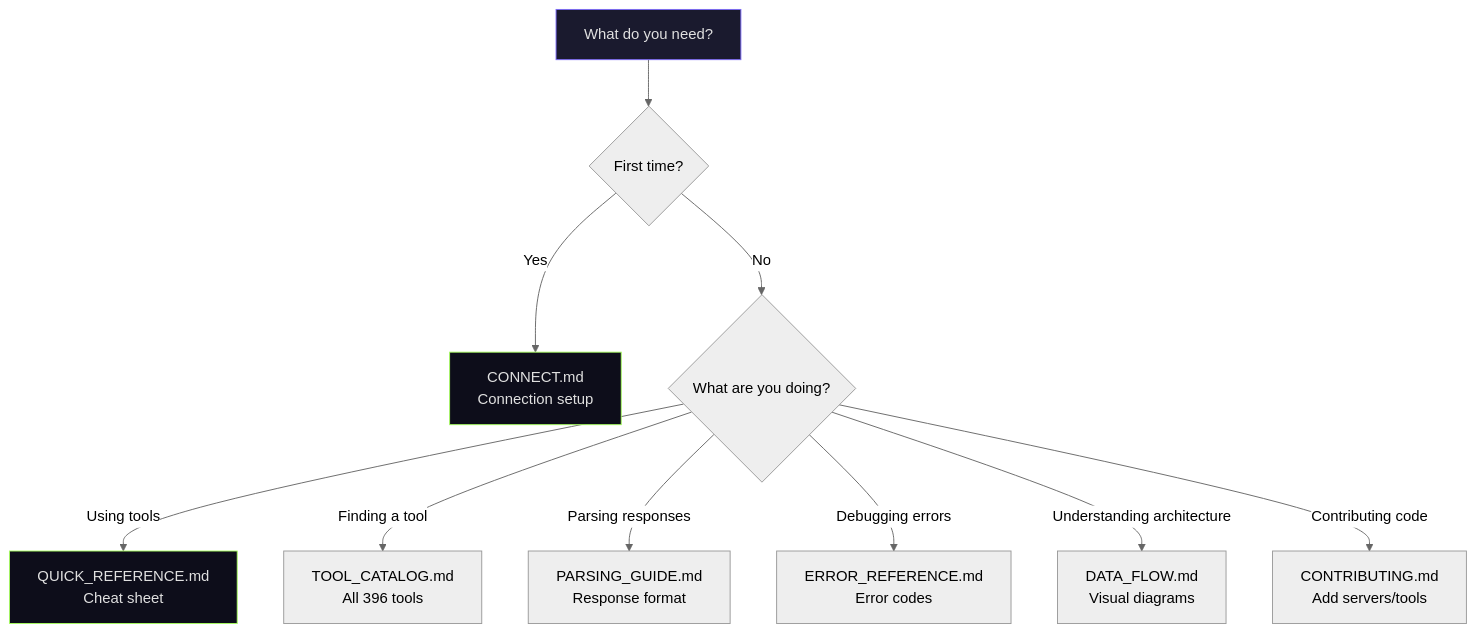
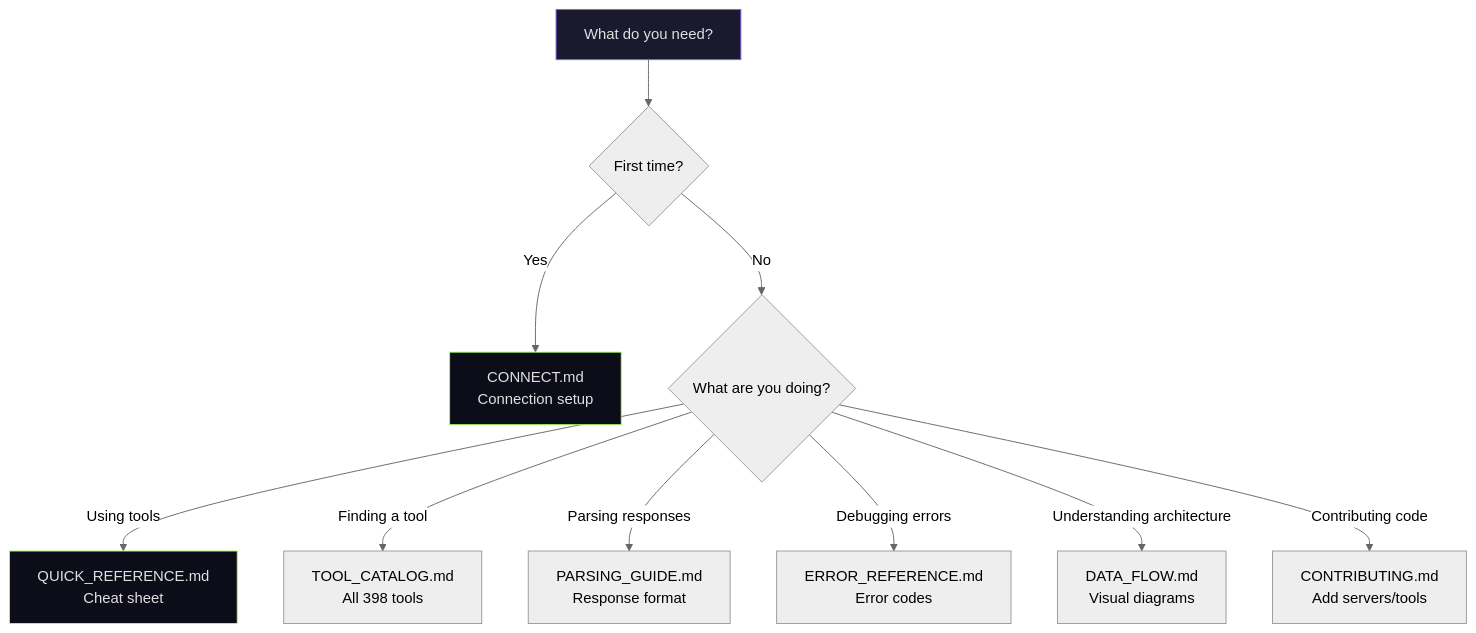
One commit to pollmap/nexus-finance-mcp changed the diagram in docs/README.md. Above: the diagram before and after it, drawn with Mermaid (neutral theme). The commit also changed other lines of this file and 9 other files, not shown here.

First line of the commit message:
docs: sync all docs to 398 tools + add new tool entries

````diff
--- a/docs/README.md
+++ b/docs/README.md
@@ -8,17 +8,17 @@
 ```mermaid
 flowchart TD
     START[What do you need?] --> Q1{First time?}
     Q1 -->|Yes| CONNECT[CONNECT.md<br/>Connection setup]
     Q1 -->|No| Q2{What are you doing?}
 
     Q2 -->|Using tools| QR[QUICK_REFERENCE.md<br/>Cheat sheet]
-    Q2 -->|Finding a tool| TC[TOOL_CATALOG.md<br/>All 396 tools]
+    Q2 -->|Finding a tool| TC[TOOL_CATALOG.md<br/>All 398 tools]
     Q2 -->|Parsing responses| PG[PARSING_GUIDE.md<br/>Response format]
     Q2 -->|Debugging errors| ER[ERROR_REFERENCE.md<br/>Error codes]
     Q2 -->|Understanding architecture| DF[DATA_FLOW.md<br/>Visual diagrams]
     Q2 -->|Contributing code| CO[CONTRIBUTING.md<br/>Add servers/tools]
 
     style START fill:#1a1a2e,stroke:#7c6af7,color:#e0e0e0
     style CONNECT fill:#0d0d1a,stroke:#a8ff60,color:#e0e0e0
     style QR fill:#0d0d1a,stroke:#a8ff60,color:#e0e0e0
 ```
````
